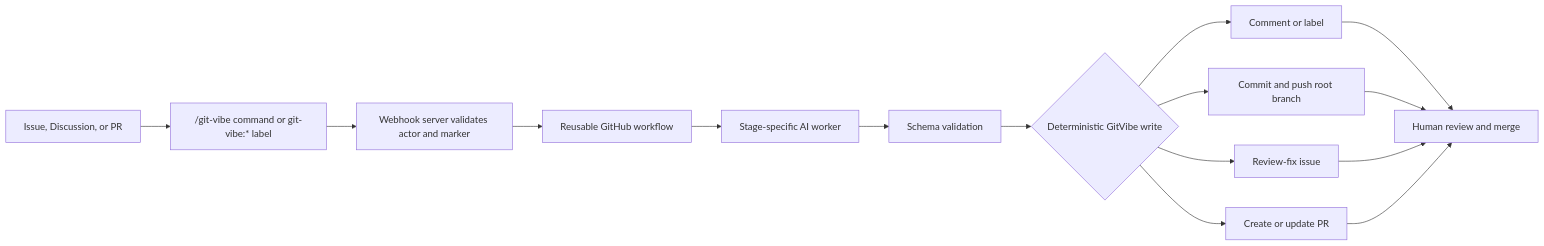
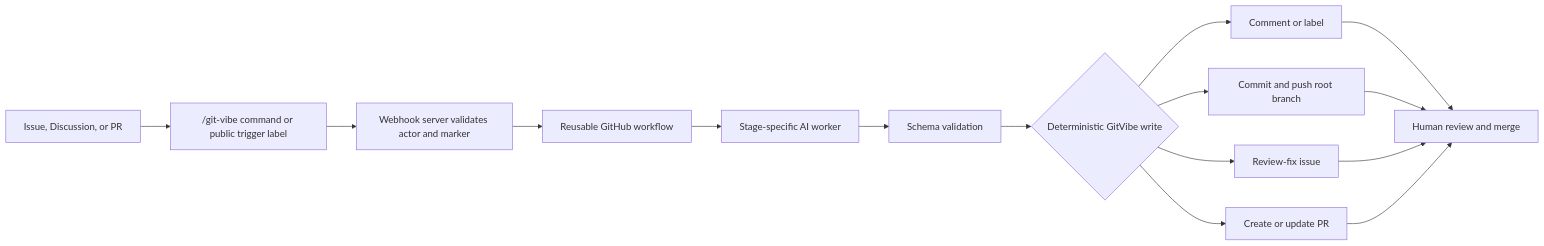
The diagram in README.md (markhuangai/git-vibe), drawn with Mermaid before and after one commit. The commit also changed other lines of this file and 35 other files, not shown here.

````diff
--- a/README.md
+++ b/README.md
@@ -58,17 +58,17 @@
 ```mermaid
 flowchart LR
-  A[Issue, Discussion, or PR] --> B["/git-vibe command or git-vibe:* label"]
+  A[Issue, Discussion, or PR] --> B["/git-vibe command or public trigger label"]
   B --> C[Webhook server validates actor and marker]
   C --> D[Reusable GitHub workflow]
   D --> E[Stage-specific AI worker]
   E --> F[Schema validation]
   F --> G{Deterministic GitVibe write}
   G --> H[Comment or label]
   G --> I[Commit and push root branch]
   G --> J[Review-fix issue]
   G --> K[Create or update PR]
   H --> L[Human review and merge]
   I --> L
   J --> L
   K --> L
 ```
````
